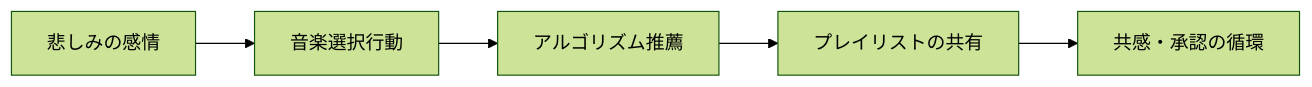
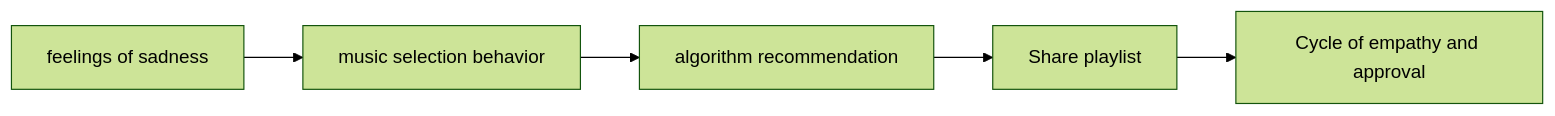
Before and after one commit to monumental-movement/monumental-movement.github.io: the second of 4 diagrams in en/_posts/2025-10-23-column-why-we-listen-to-music-when-sad.md, drawn with Mermaid (forest theme). The commit also changed other lines of this file and 152 other files, not shown here.

```diff
--- a/en/_posts/2025-10-23-column-why-we-listen-to-music-when-sad.md
+++ b/en/_posts/2025-10-23-column-why-we-listen-to-music-when-sad.md
@@ -135,9 +135,9 @@
 <div class="mermaid">
 
 graph LR
-    A[悲しみの感情] --> B[音楽選択行動]
-    B --> C[アルゴリズム推薦]
-    C --> D[プレイリストの共有]
-    D --> E[共感・承認の循環]
+    A[feelings of sadness] --> B[music selection behavior]
+    B --> C[algorithm recommendation]
+    C --> D[Share playlist]
+    D --> E[Cycle of empathy and approval]
 
 </div>
```
